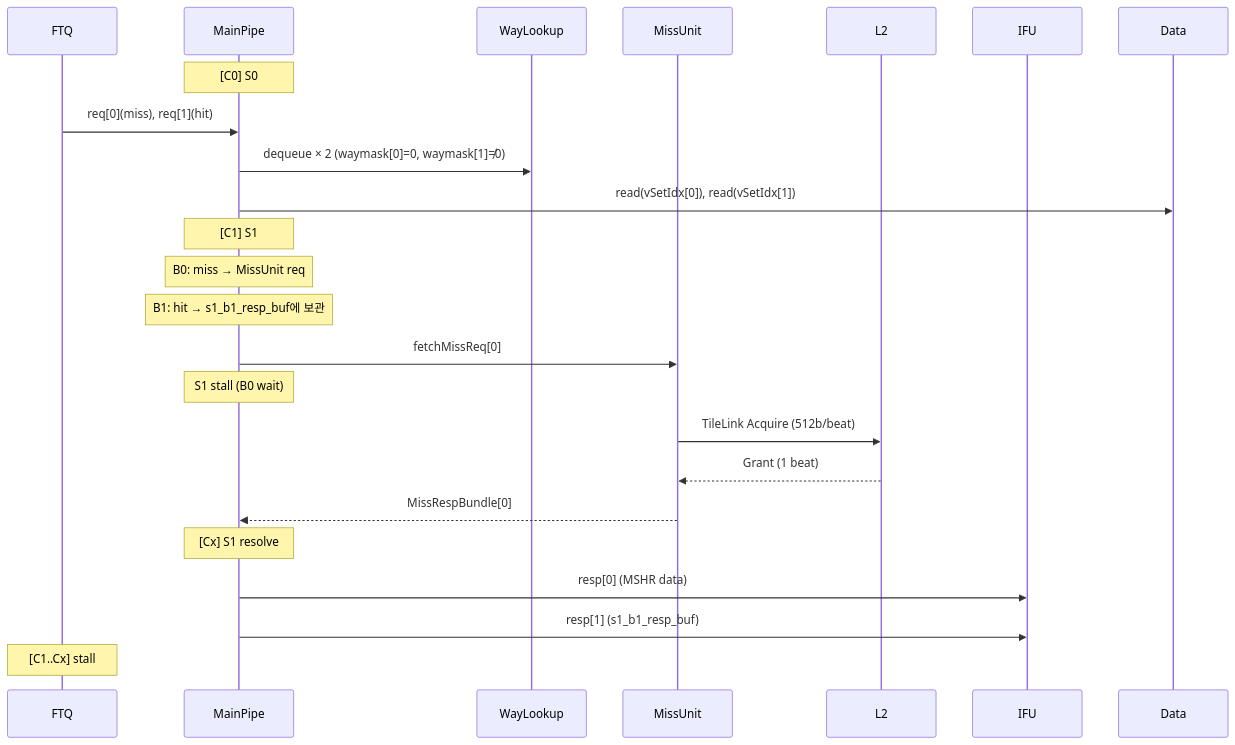
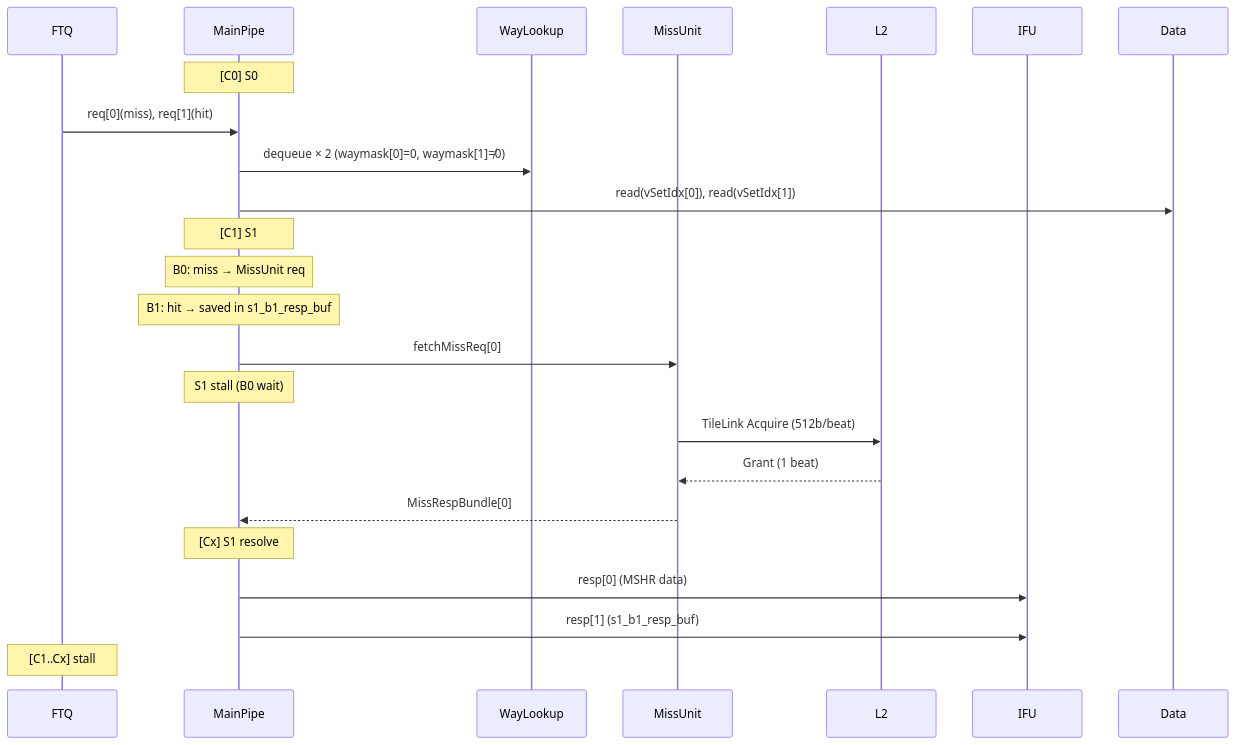
One commit to cinkeun/CPU_XS_02172026 changed the second of 4 diagrams in src/main/scala/xiangshan/frontend/doc/2fetch_icache_design_req.md. Above: the diagram before and after it, drawn with Mermaid. The commit also changed other lines of this file and 7 other files, not shown here.

````diff
--- a/src/main/scala/xiangshan/frontend/doc/2fetch_icache_design_req.md
+++ b/src/main/scala/xiangshan/frontend/doc/2fetch_icache_design_req.md
@@ -1073,29 +1080,29 @@
 ```mermaid
 sequenceDiagram
     participant FTQ
     participant MP as MainPipe
     participant WL as WayLookup
     participant MU as MissUnit
     participant L2
     participant IFU
 
     Note over MP: [C0] S0
     FTQ ->> MP: req[0](miss), req[1](hit)
     MP ->> WL: dequeue × 2 (waymask[0]=0, waymask[1]≠0)
     MP ->> Data: read(vSetIdx[0]), read(vSetIdx[1])
 
     Note over MP: [C1] S1
     Note over MP: B0: miss → MissUnit req
-    Note over MP: B1: hit → s1_b1_resp_buf에 보관
+    Note over MP: B1: hit → saved in s1_b1_resp_buf
     MP ->> MU: fetchMissReq[0]
     Note over MP: S1 stall (B0 wait)
 
     MU ->> L2: TileLink Acquire (512b/beat)
     L2 -->> MU: Grant (1 beat)
     MU -->> MP: MissRespBundle[0]
 
     Note over MP: [Cx] S1 resolve
     MP ->> IFU: resp[0] (MSHR data)
     MP ->> IFU: resp[1] (s1_b1_resp_buf)
     Note over FTQ: [C1..Cx] stall
 ```
````
